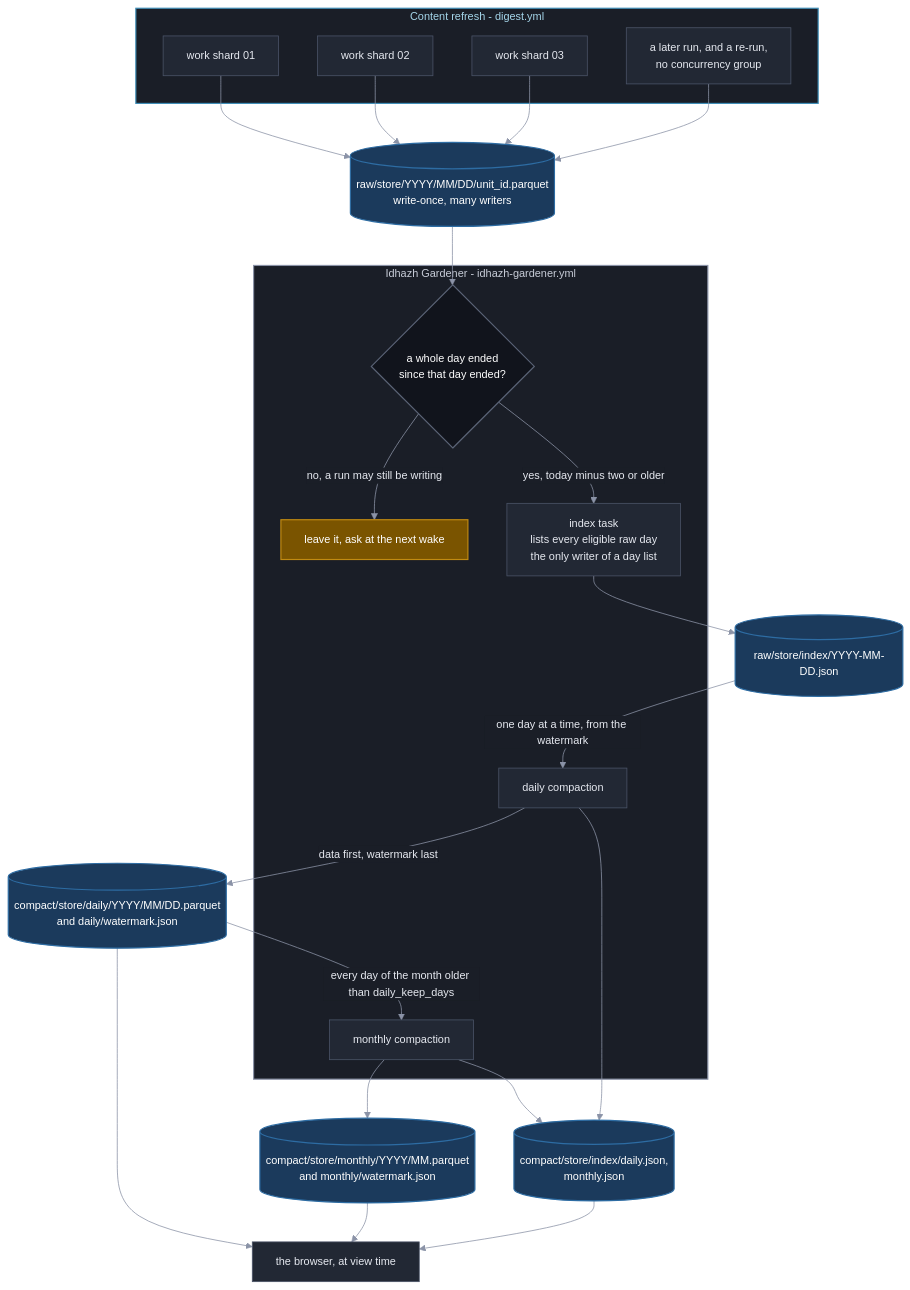
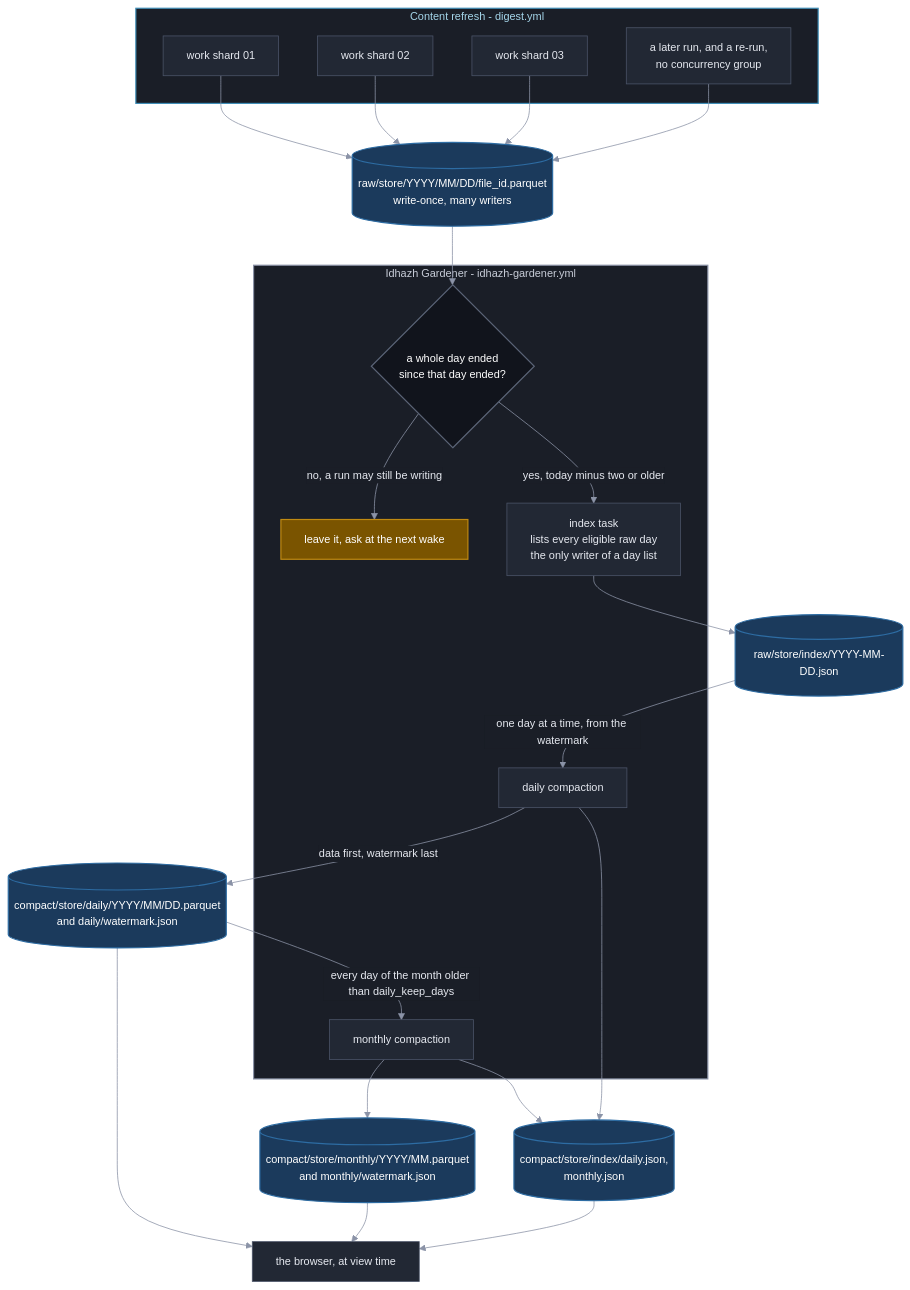
The second of 2 diagrams in TODO/20260924-50-idhazh-gardener-plan.md (miztiik/yen-idhazh), drawn with Mermaid before and after one commit. The commit also changed other lines of this file and 5 other files, not shown here.

````diff
--- a/TODO/20260924-50-idhazh-gardener-plan.md
+++ b/TODO/20260924-50-idhazh-gardener-plan.md
@@ -230,58 +230,58 @@
 ```mermaid
 %%{init: {"theme": "base", "themeVariables": {"background": "#0f1117", "primaryColor": "#222834", "primaryTextColor": "#e6e9f0", "primaryBorderColor": "#4b5468", "lineColor": "#8b93a7", "textColor": "#e6e9f0", "clusterBkg": "#1a1e27", "clusterBorder": "#3a4254", "titleColor": "#e6e9f0", "edgeLabelBackground": "#1a1e27", "fontSize": "14px"}}}%%
 flowchart TB
   subgraph REFRESH["Content refresh - digest.yml"]
     W1["work shard 01"]
     W2["work shard 02"]
     W3["work shard 03"]
     WN["a later run, and a re-run,<br/>no concurrency group"]
   end
 
-  RAWF[("raw/store/YYYY/MM/DD/unit_id.parquet<br/>write-once, many writers")]
+RAWF[("raw/store/YYYY/MM/DD/file_id.parquet<br/>write-once, many writers")]
 
   subgraph GARDEN["Idhazh Gardener - idhazh-gardener.yml"]
     IDXJOB["index task<br/>lists every eligible raw day<br/>the only writer of a day list"]
     GATE{"a whole day ended<br/>since that day ended?"}
     HOLD["leave it, ask at the next wake"]
     CD["daily compaction"]
     CM["monthly compaction"]
   end
 
   RIDXF[("raw/store/index/YYYY-MM-DD.json")]
   DAILY[("compact/store/daily/YYYY/MM/DD.parquet<br/>and daily/watermark.json")]
   MONTHLY[("compact/store/monthly/YYYY/MM.parquet<br/>and monthly/watermark.json")]
   CIDXF[("compact/store/index/daily.json,<br/>monthly.json")]
   READER["the browser, at view time"]
 
   W1 --> RAWF
   W2 --> RAWF
   W3 --> RAWF
   WN --> RAWF
   RAWF --> GATE
   GATE -->|"no, a run may still be writing"| HOLD
   GATE -->|"yes, today minus two or older"| IDXJOB
   IDXJOB --> RIDXF
   RIDXF -->|"one day at a time, from the watermark"| CD
   CD -->|"data first, watermark last"| DAILY
   DAILY -->|"every day of the month older than daily_keep_days"| CM
   CM --> MONTHLY
   CD --> CIDXF
   CM --> CIDXF
   MONTHLY --> READER
   DAILY --> READER
   CIDXF --> READER
 
   classDef stage fill:#222834,stroke:#4b5468,stroke-width:1px,color:#e6e9f0;
   classDef decision fill:#11141c,stroke:#5b6477,stroke-width:1.5px,color:#ffffff;
   classDef warn fill:#7a5400,stroke:#c08a12,stroke-width:1.5px,color:#ffffff;
   classDef store fill:#1b3a5c,stroke:#2d6ca3,stroke-width:1.5px,color:#ffffff;
   classDef sysOps fill:#1a1e27,stroke:#8b93a7,stroke-width:1.5px,color:#c8cdd8;
   classDef sysPublish fill:#1a1e27,stroke:#3f8fb8,stroke-width:1.5px,color:#a5d6ea;
 
   class W1,W2,W3,WN,IDXJOB,CD,CM,READER stage;
   class GATE decision;
   class HOLD warn;
   class RAWF,RIDXF,DAILY,MONTHLY,CIDXF store;
   class REFRESH sysPublish;
   class GARDEN sysOps;
 ```
````
